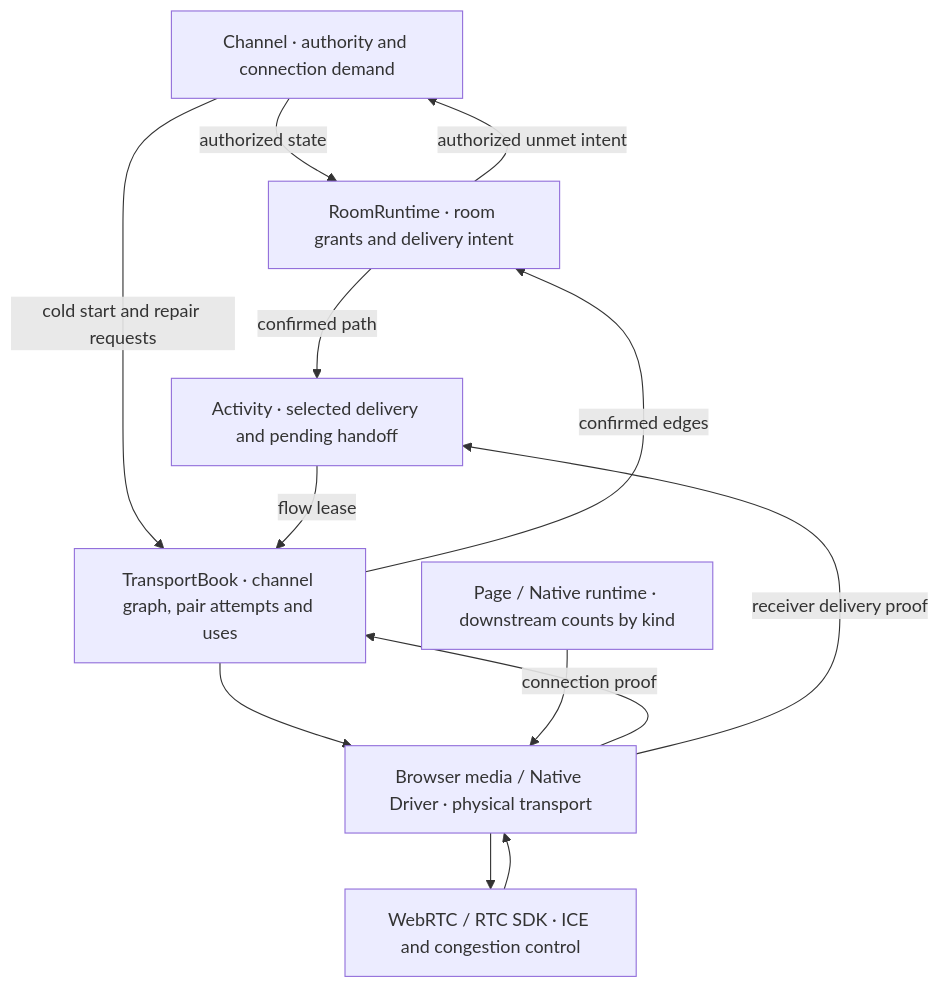
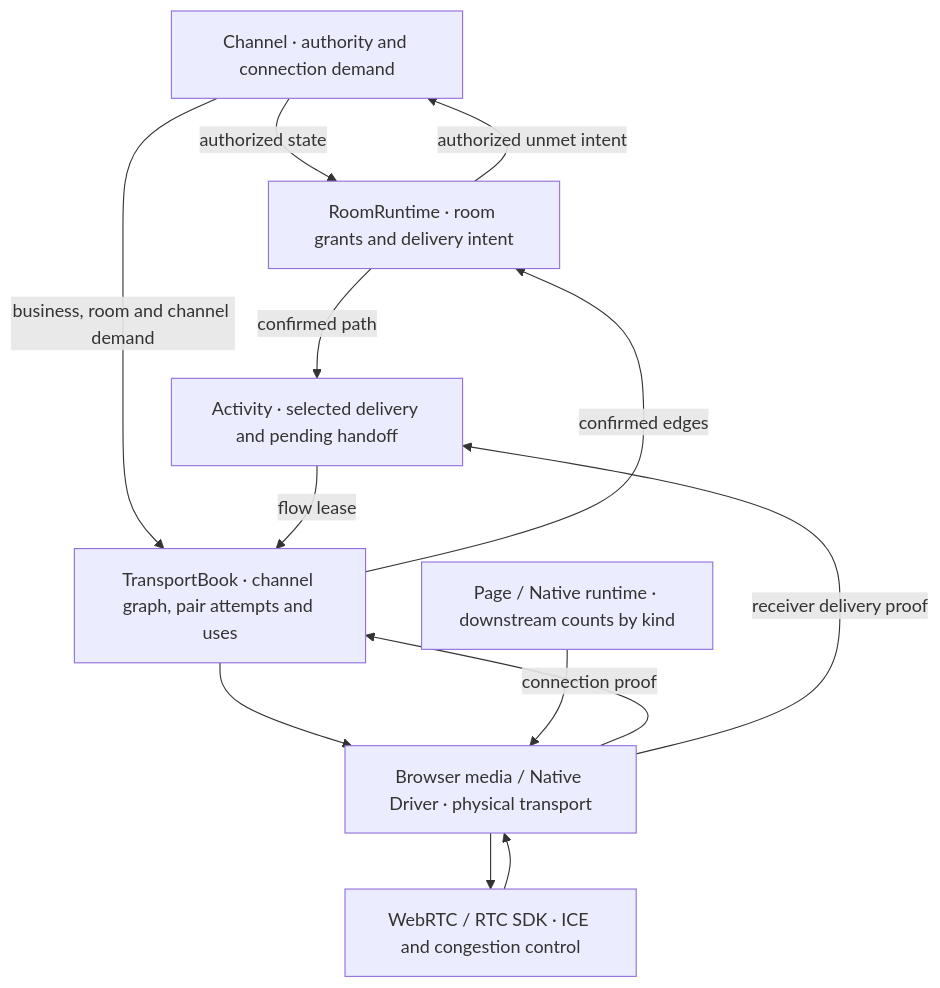
One commit to TNTcraftHIM/Piik changed the diagram in docs/research/channel-forwarding-plan.md. Above: the diagram before and after it, drawn with Mermaid. The commit also changed other lines of this file and 107 other files, not shown here.

````diff
--- a/docs/research/channel-forwarding-plan.md
+++ b/docs/research/channel-forwarding-plan.md
@@ -520,15 +530,15 @@
 ```mermaid
 flowchart TD
   C["Channel · authority and connection demand"] -->|"authorized state"| R["RoomRuntime · room grants and delivery intent"]
   R -->|"confirmed path"| P["Activity · selected delivery and pending handoff"]
   R -->|"authorized unmet intent"| C
-  C -->|"cold start and repair requests"| T["TransportBook · channel graph, pair attempts and uses"]
+  C -->|"business, room and channel demand"| T["TransportBook · channel graph, pair attempts and uses"]
   P -->|"flow lease"| T
   T --> E["Browser media / Native Driver · physical transport"]
   A["Page / Native runtime · downstream counts by kind"] --> E
   E --> S["WebRTC / RTC SDK · ICE and congestion control"]
   S --> E
   E -->|"connection proof"| T
   T -->|"confirmed edges"| R
   E -->|"receiver delivery proof"| P
 ```
````
